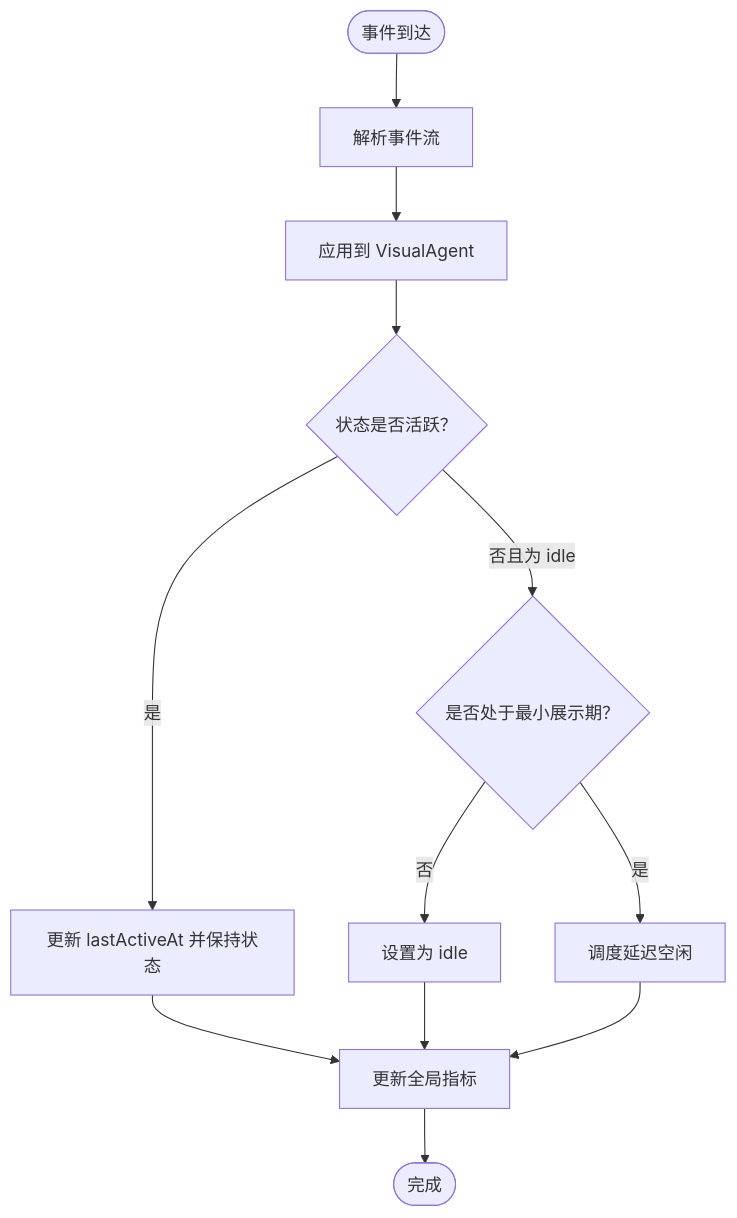
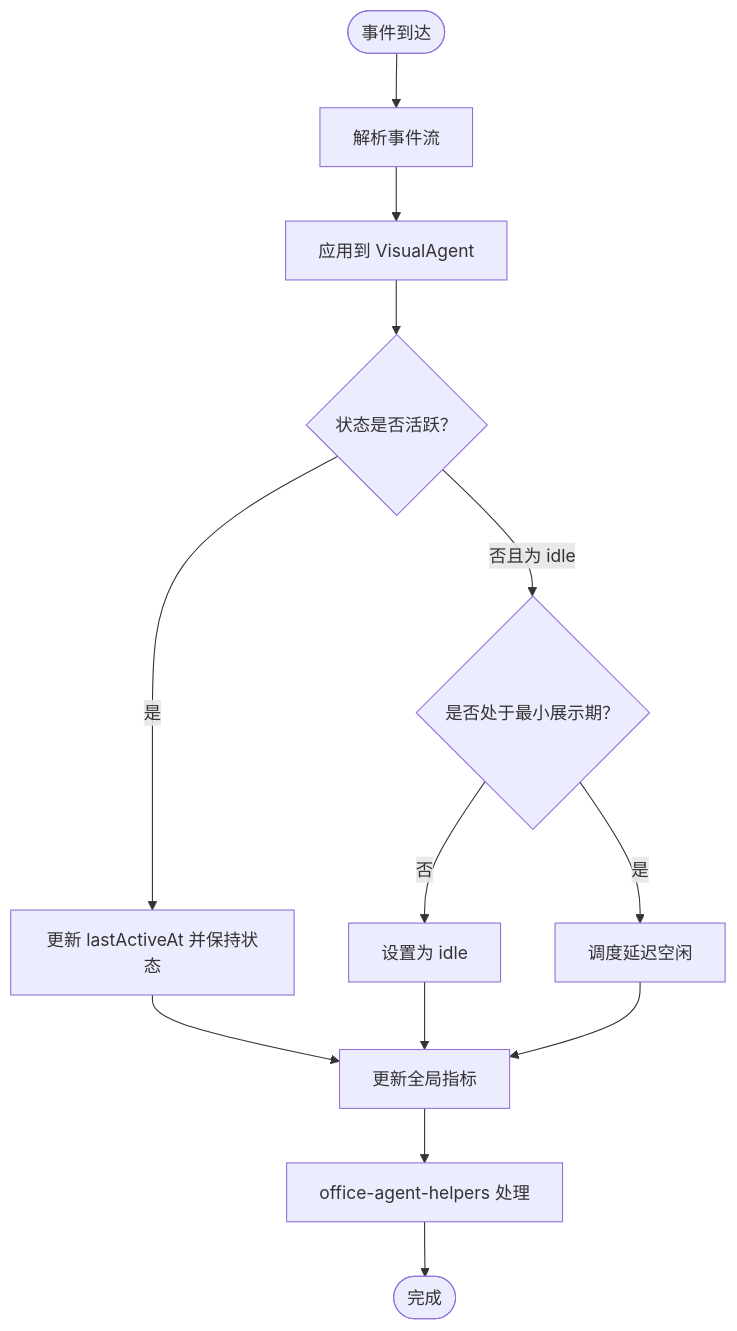
The third of 8 diagrams in .qoder/repowiki/zh/content/状态管理系统/Office Store 核心设计.md (WW-AI-Lab/openclaw-office), drawn with Mermaid before and after one commit. The commit also changed other lines of this file and 27 other files, not shown here.

````diff
--- a/.qoder/repowiki/zh/content/状态管理系统/Office Store 核心设计.md
+++ b/.qoder/repowiki/zh/content/状态管理系统/Office Store 核心设计.md
@@ -154,14 +173,15 @@
 ```mermaid
 flowchart TD
 Start(["事件到达"]) --> Parse["解析事件流"]
 Parse --> Apply["应用到 VisualAgent"]
 Apply --> StatusCheck{"状态是否活跃？"}
 StatusCheck --> |是| Update["更新 lastActiveAt 并保持状态"]
 StatusCheck --> |否且为 idle| Deferred{"是否处于最小展示期？"}
 Deferred --> |是| Schedule["调度延迟空闲"]
 Deferred --> |否| SetIdle["设置为 idle"]
 Update --> Metrics["更新全局指标"]
 SetIdle --> Metrics
 Schedule --> Metrics
-Metrics --> End(["完成"])
+Metrics --> OAH["office-agent-helpers 处理"]
+OAH --> End(["完成"])
 ```
````
